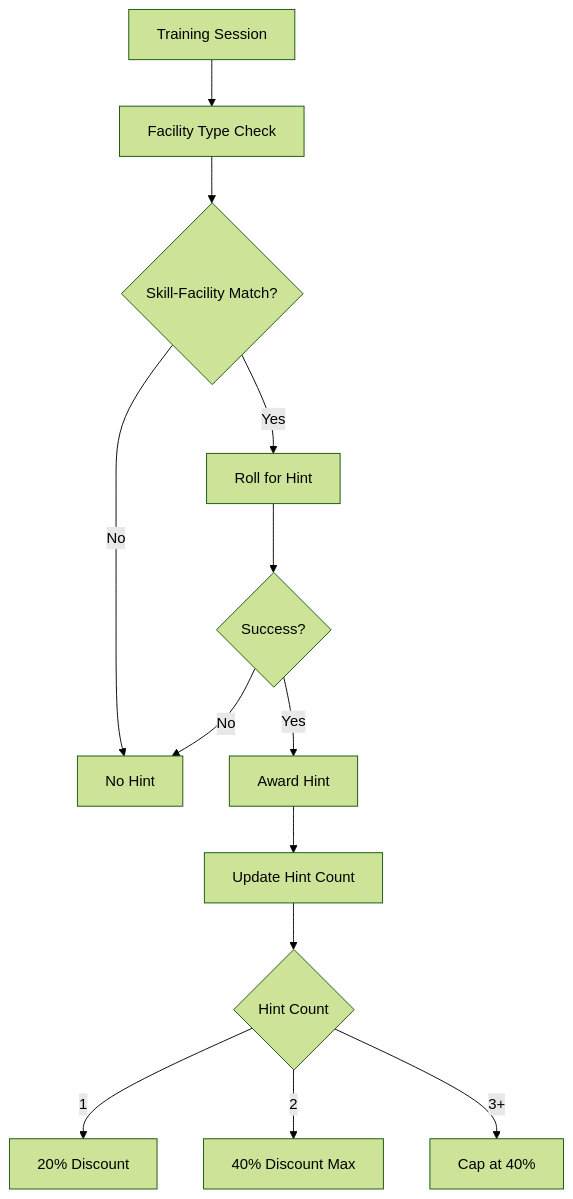
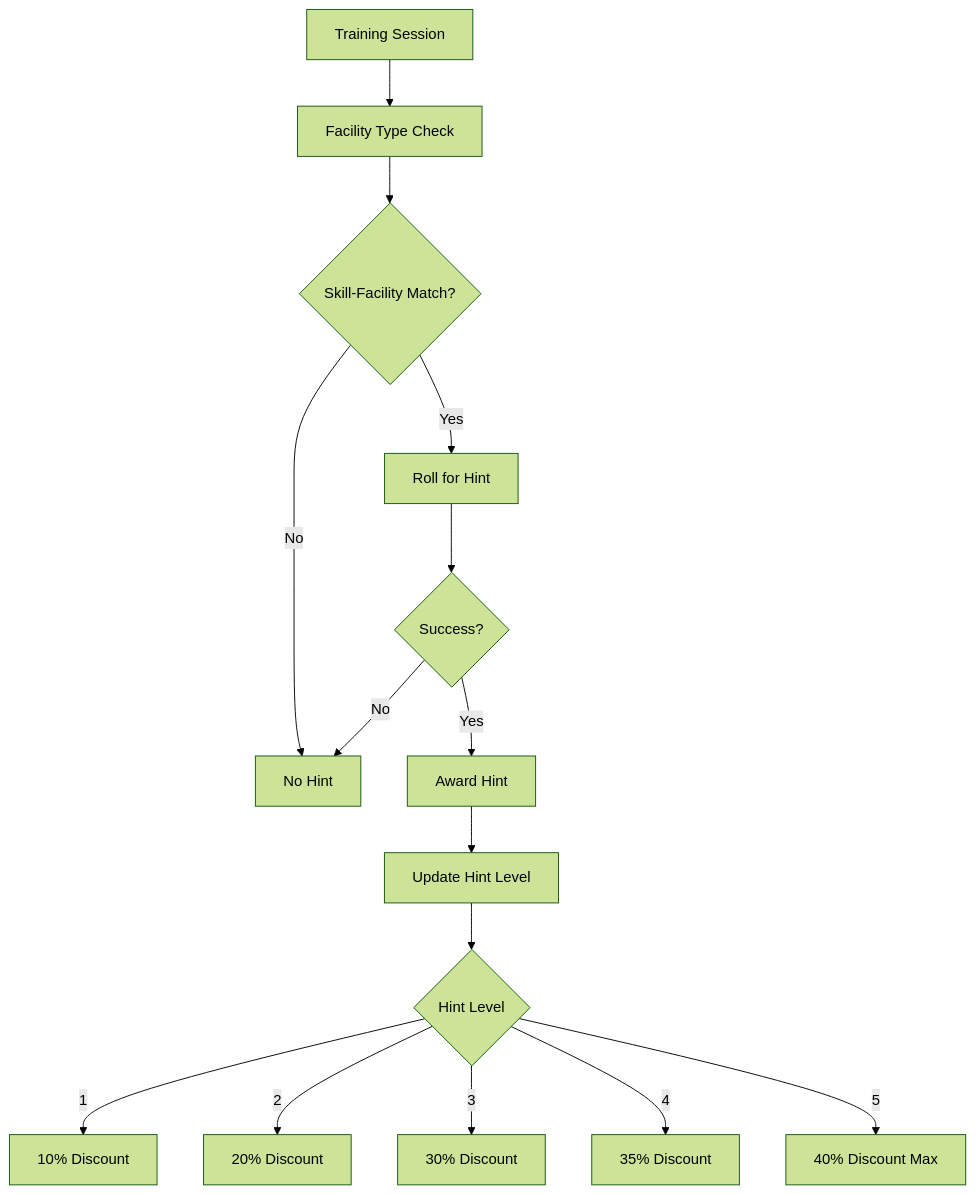
One commit to exatfrds67/umamusume-career-planner changed the sixth of 9 diagrams in docs/01-user-flows/UF-005_Skill_Management_Flow.md. Above: the diagram before and after it, drawn with Mermaid (forest theme). The commit also changed other lines of this file and 313 other files, not shown here.

````diff
--- a/docs/01-user-flows/UF-005_Skill_Management_Flow.md
+++ b/docs/01-user-flows/UF-005_Skill_Management_Flow.md
@@ -821,15 +821,17 @@
 ```mermaid
 flowchart TD
     A[Training Session] --> B[Facility Type Check]
     B --> C{Skill-Facility Match?}
     C -->|Yes| D[Roll for Hint]
     C -->|No| E[No Hint]
     D --> F{Success?}
     F -->|Yes| G[Award Hint]
     F -->|No| E
-    G --> H[Update Hint Count]
-    H --> I{Hint Count}
-    I -->|1| J[20% Discount]
-    I -->|2| K[40% Discount Max]
-    I -->|3+| L[Cap at 40%]
+    G --> H[Update Hint Level]
+    H --> I{Hint Level}
+    I -->|1| J[10% Discount]
+    I -->|2| K[20% Discount]
+    I -->|3| L[30% Discount]
+    I -->|4| M[35% Discount]
+    I -->|5| N[40% Discount Max]
 ```
````
